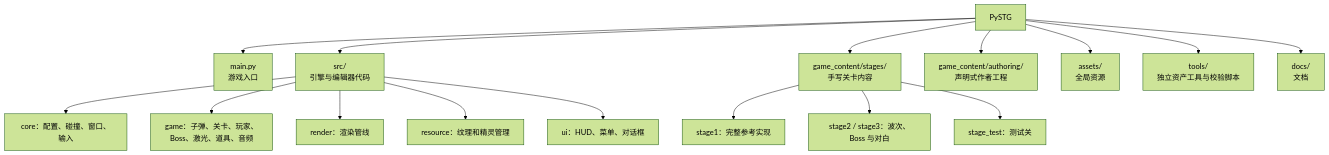
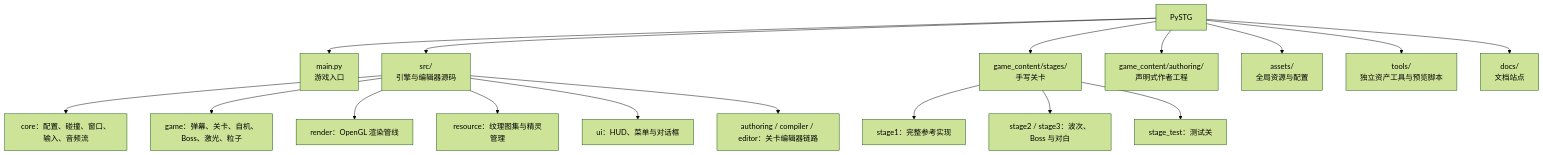
One commit to qwqpap/PythonSTG changed the diagram in docs/getting-started.md. Above: the diagram before and after it, drawn with Mermaid (forest theme). The commit also changed other lines of this file and 19 other files, not shown here.

````diff
--- a/docs/getting-started.md
+++ b/docs/getting-started.md
@@ -65,29 +71,30 @@
 ```mermaid
 flowchart TB
     root["PySTG"]
     main["main.py<br/>游戏入口"]
-    src["src/<br/>引擎与编辑器代码"]
-    gameContent["game_content/stages/<br/>手写关卡内容"]
+    src["src/<br/>引擎与编辑器源码"]
+    stages["game_content/stages/<br/>手写关卡"]
     authoring["game_content/authoring/<br/>声明式作者工程"]
-    assets["assets/<br/>全局资源"]
-    tools["tools/<br/>独立资产工具与校验脚本"]
-    docs["docs/<br/>文档"]
+    assets["assets/<br/>全局资源与配置"]
+    tools["tools/<br/>独立资产工具与预览脚本"]
+    docs["docs/<br/>文档站点"]
 
     root --> main
     root --> src
-    root --> gameContent
+    root --> stages
     root --> authoring
     root --> assets
     root --> tools
     root --> docs
 
-    src --> core["core：配置、碰撞、窗口、输入"]
-    src --> game["game：子弹、关卡、玩家、Boss、激光、道具、音频"]
-    src --> render["render：渲染管线"]
-    src --> resource["resource：纹理和精灵管理"]
-    src --> ui["ui：HUD、菜单、对话框"]
+    src --> core["core：配置、碰撞、窗口、输入、音频流"]
+    src --> game["game：弹幕、关卡、自机、Boss、激光、粒子"]
+    src --> render["render：OpenGL 渲染管线"]
+    src --> resource["resource：纹理图集与精灵管理"]
+    src --> ui["ui：HUD、菜单与对话框"]
+    src --> editor_stack["authoring / compiler / editor：关卡编辑器链路"]
 
-    gameContent --> stage1["stage1：完整参考实现"]
-    gameContent --> stage23["stage2 / stage3：波次、Boss 与对白"]
-    gameContent --> stageTest["stage_test：测试关"]
+    stages --> stage1["stage1：完整参考实现"]
+    stages --> stage23["stage2 / stage3：波次、Boss 与对白"]
+    stages --> stageTest["stage_test：测试关"]
 ```
````
